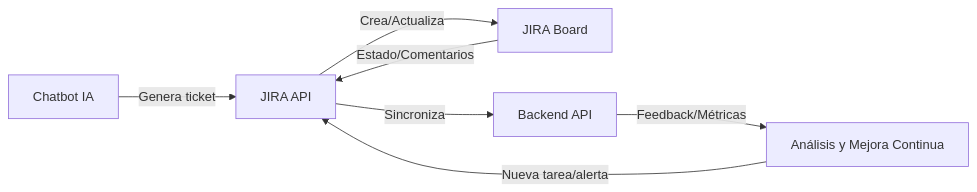
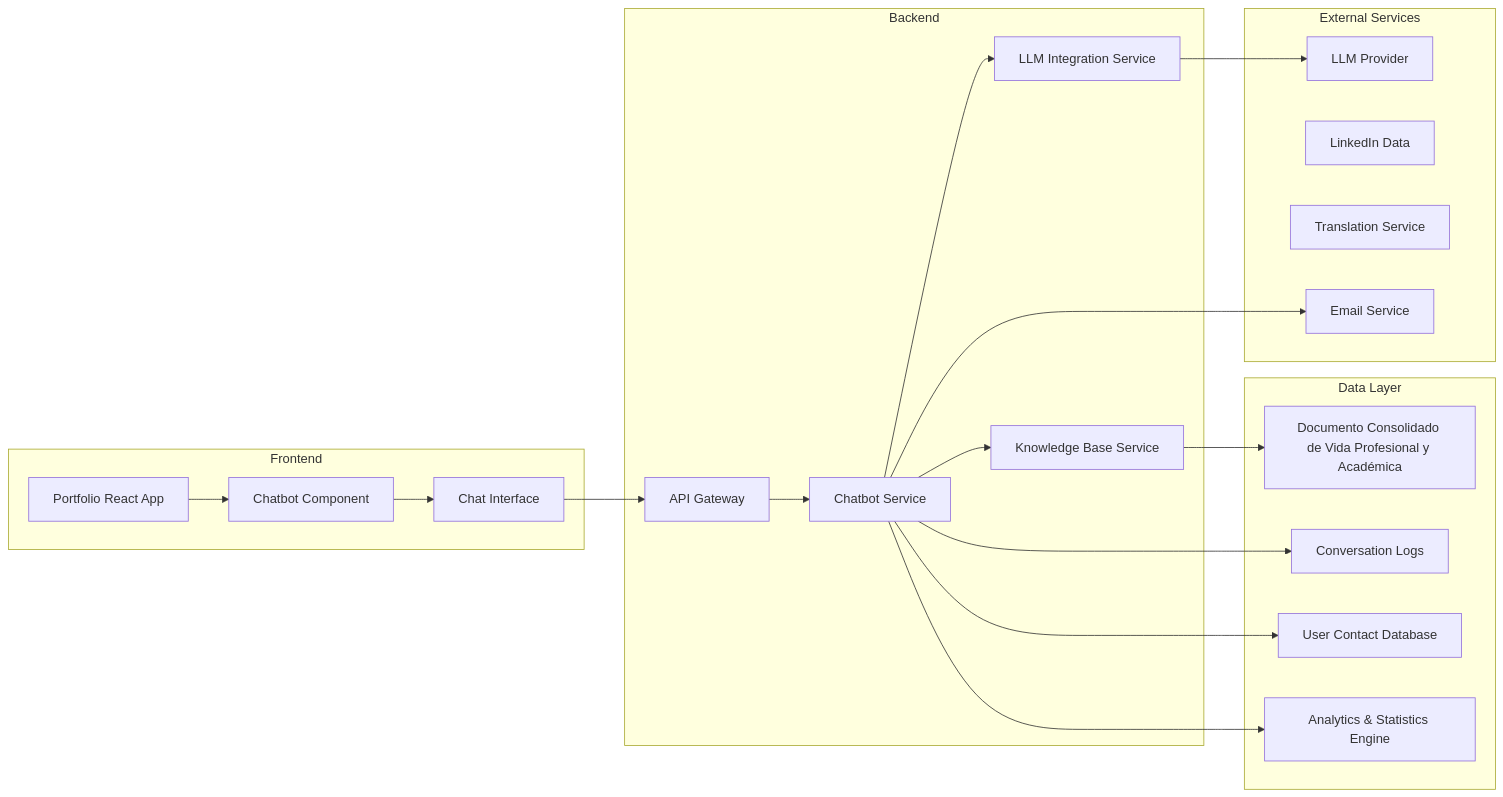
Before and after one commit to LIDR-academy/AI4Devs-finalproject: the second of 8 diagrams in docs/PRD.md, drawn with Mermaid. The commit also changed other lines of this file and 21 other files, not shown here.

````diff
--- a/docs/PRD.md
+++ b/docs/PRD.md
@@ -79,9 +223,42 @@
 ```mermaid
 graph LR
-    A[Chatbot IA] -- Genera ticket --> B[JIRA API]
-    B -- Crea/Actualiza --> C[JIRA Board]
-    C -- Estado/Comentarios --> B
-    B -- Sincroniza --> D[Backend API]
-    D -- Feedback/Métricas --> E[Análisis y Mejora Continua]
-    E -- Nueva tarea/alerta --> B
+    subgraph "Frontend"
+        A[Portfolio React App]
+        B[Chatbot Component]
+        C[Chat Interface]
+    end
+    
+    subgraph "Backend"
+        D[API Gateway]
+        E[Chatbot Service]
+        F[Knowledge Base Service]
+        G[LLM Integration Service]
+    end
+    
+    subgraph "Data Layer"
+        H[Documento Consolidado de Vida Profesional y Académica]
+        I[Conversation Logs]
+        J[User Contact Database]
+        O[Analytics & Statistics Engine]
+    end
+    
+    subgraph "External Services"
+        K[LLM Provider]
+        L[LinkedIn Data]
+        M[Translation Service]
+        N[Email Service]
+    end
+    
+    A --> B
+    B --> C
+    C --> D
+    D --> E
+    E --> F
+    E --> G
+    F --> H
+    G --> K
+    E --> I
+    E --> J
+    E --> N
+    E --> O
 ```
````
